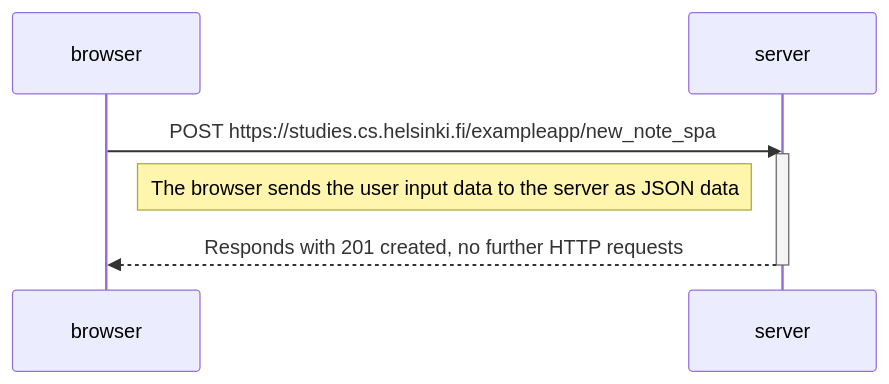
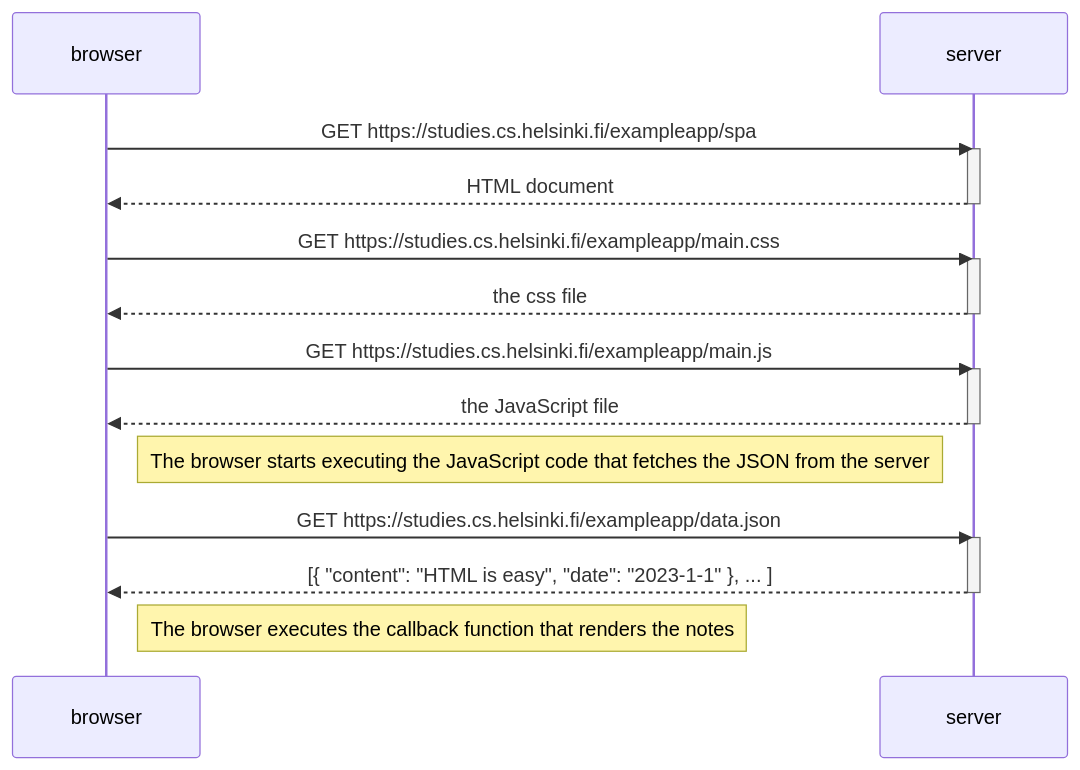
Before and after one commit to dcummings95/Full-Stack-Open: the diagram in part 0/diagram0.5.md, drawn with Mermaid. The commit also changed 1 other file, not shown here.

Commit message:
0.4, 0.5, 0.6 diagrams

````diff
--- a/part 0/diagram0.5.md
+++ b/part 0/diagram0.5.md
@@ -1,14 +1,30 @@
 ```mermaid
 
 sequenceDiagram
     participant browser
     participant server
-  
-    browser->>server: POST https://studies.cs.helsinki.fi/exampleapp/new_note_spa
+
+    browser->>server: GET https://studies.cs.helsinki.fi/exampleapp/spa
     activate server
-    Note right of browser: The browser sends the user input data to the server as JSON data
-
-    server-->>browser: Responds with 201 created, no further HTTP requests
+    server-->>browser: HTML document
     deactivate server
 
+    browser->>server: GET https://studies.cs.helsinki.fi/exampleapp/main.css
+    activate server
+    server-->>browser: the css file
+    deactivate server
+
+    browser->>server: GET https://studies.cs.helsinki.fi/exampleapp/main.js
+    activate server
+    server-->>browser: the JavaScript file
+    deactivate server
+
+    Note right of browser: The browser starts executing the JavaScript code that fetches the JSON from the server
+
+    browser->>server: GET https://studies.cs.helsinki.fi/exampleapp/data.json
+    activate server
+    server-->>browser: [{ "content": "HTML is easy", "date": "2023-1-1" }, ... ]
+    deactivate server
+
+    Note right of browser: The browser executes the callback function that renders the notes
   ```
````
